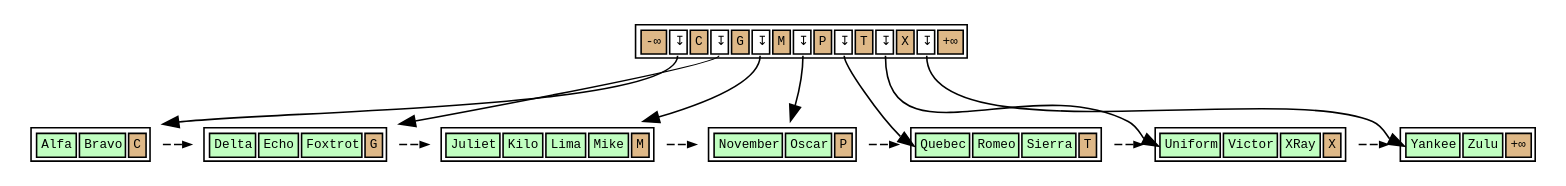
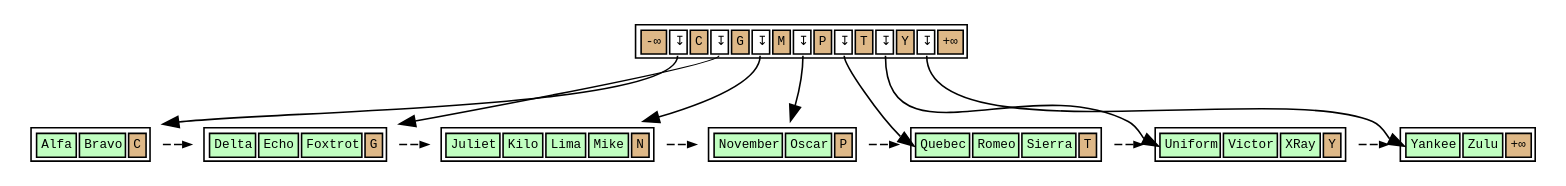
Before and after one commit to petergeoghegan/pg_query_internals: the diagram in lehman-yao-orthodox-btree-suffix-short.dot, drawn with Graphviz. The commit also changed 1 other file, not shown here.

Commit message:
Fix suffix truncation example graph

```diff
--- a/lehman-yao-orthodox-btree-suffix-short.dot
+++ b/lehman-yao-orthodox-btree-suffix-short.dot
@@ -1,138 +1,138 @@
 // Example B-Tree graph
 //
 // Breadth-first order
 //
 // Start from root, go left to right
 //
 // Workflow:
 //
 // $ dot -T svg btree.dot -o btree.svg;
 
 digraph nbtree {
 graph [fontname = "monospace"];
 node [shape = none,height=.1,fontname = "monospace",fontsize=8];
 // Level 1 (root level)
 // Downlinks + highkey:
 rootnode[ label=<<table>
                     <tr>
                         <td bgcolor='burlywood' port="s0">-&infin;</td>
                         <td bgcolor='white' port="d0">&#8615;</td>
                         <td bgcolor='burlywood' port="s1">C</td>
                         <td bgcolor='white' port="d1">&#8615;</td>
                         <td bgcolor='burlywood' port="s2">G</td>
                         <td bgcolor='white' port="d2">&#8615;</td>
                         <td bgcolor='burlywood' port="s3">M</td>
                         <td bgcolor='white' port="d3">&#8615;</td>
                         <td bgcolor='burlywood' port="s4">P</td>
                         <td bgcolor='white' port="d4">&#8615;</td>
                         <td bgcolor='burlywood' port="s5">T</td>
                         <td bgcolor='white' port="d5">&#8615;</td>
-                        <td bgcolor='burlywood' port="s6">X</td>
+                        <td bgcolor='burlywood' port="s6">Y</td>
                         <td bgcolor='white' port="d6">&#8615;</td>
                         <td bgcolor='burlywood' port="hk">+&infin;</td>
                     </tr>
                 </table>
                >
         ];
 // Downlink arrows to children:
 "rootnode":d0 -> "leafnode_1"
 "rootnode":d1 -> "leafnode_2"
 "rootnode":d2 -> "leafnode_3"
 "rootnode":d3 -> "leafnode_4"
 // Still need this, to make arrows not overlap too much:
 "rootnode":d4 -> "leafnode_5":t0
 "rootnode":d5 -> "leafnode_6":t0
 "rootnode":d6 -> "leafnode_7":t0
 
 // sibling pointer:
 // (None)
 
 
 // Level 0 (leaf level)
 leafnode_1[ label=<<table>
                     <tr>
                         <td bgcolor='darkseagreen1' port="t0">Alfa</td>
                         <td bgcolor='darkseagreen1' port="t1">Bravo</td>
                         <td bgcolor='burlywood' port="hk">C</td>
                     </tr>
                 </table>
                >
         ];
 // sibling pointer:
 "leafnode_1" -> "leafnode_2"[constraint=false,color=black,style=dashed,arrowsize=0.5]
 leafnode_2[ label=<<table>
                     <tr>
                         <td bgcolor='darkseagreen1' port="t0">Delta</td>
                         <td bgcolor='darkseagreen1' port="t1">Echo</td>
                         <td bgcolor='darkseagreen1' port="t2">Foxtrot</td>
                         <td bgcolor='burlywood' port="hk">G</td>
                     </tr>
                 </table>
                >
         ];
 // sibling pointer:
 "leafnode_2" -> "leafnode_3"[constraint=false,color=black,style=dashed,arrowsize=0.5]
 leafnode_3[ label=<<table>
                     <tr>
                         <td bgcolor='darkseagreen1' port="t0">Juliet</td>
                         <td bgcolor='darkseagreen1' port="t1">Kilo</td>
                         <td bgcolor='darkseagreen1' port="t2">Lima</td>
                         <td bgcolor='darkseagreen1' port="t3">Mike</td>
-                        <td bgcolor='burlywood' port="hk">M</td>
+                        <td bgcolor='burlywood' port="hk">N</td>
                     </tr>
                 </table>
                >
         ];
 // sibling pointer:
 "leafnode_3" -> "leafnode_4"[constraint=false,color=black,style=dashed,arrowsize=0.5]
 leafnode_4[ label=<<table>
                     <tr>
                         <td bgcolor='darkseagreen1' port="t0">November</td>
                         <td bgcolor='darkseagreen1' port="t1">Oscar</td>
                         <td bgcolor='burlywood' port="hk">P</td>
                     </tr>
                 </table>
                >
         ];
 // sibling pointer (not a cousin anymore):
 "leafnode_4" -> "leafnode_5"[constraint=false,color=black,style=dashed,arrowsize=0.5]
 leafnode_5[ label=<<table>
                     <tr>
                         <td bgcolor='darkseagreen1' port="t0">Quebec</td>
                         <td bgcolor='darkseagreen1' port="t1">Romeo</td>
                         <td bgcolor='darkseagreen1' port="t2">Sierra</td>
                         <td bgcolor='burlywood' port="hk">T</td>
                     </tr>
                 </table>
                >
         ];
 // sibling pointer:
 "leafnode_5" -> "leafnode_6"[constraint=false,color=black,style=dashed,arrowsize=0.5]
 leafnode_6[ label=<<table>
                     <tr>
                         <td bgcolor='darkseagreen1' port="t0">Uniform</td>
                         <td bgcolor='darkseagreen1' port="t1">Victor</td>
                         <td bgcolor='darkseagreen1' port="t2">XRay</td>
-                        <td bgcolor='burlywood' port="hk">X</td>
+                        <td bgcolor='burlywood' port="hk">Y</td>
                     </tr>
                 </table>
                >
         ];
 // sibling pointer:
 "leafnode_6" -> "leafnode_7"[constraint=false,color=black,style=dashed,arrowsize=0.5]
 leafnode_7[ label=<<table>
                     <tr>
                         <td bgcolor='darkseagreen1' port="t0">Yankee</td>
                         <td bgcolor='darkseagreen1' port="t1">Zulu</td>
                         <td bgcolor='burlywood' port="hk">+&infin;</td>
                     </tr>
                 </table>
                >
         ];
 // sibling pointer:
 // (None)
 
 //Force alignment from root to internal to leaf levels:
 edge[style=invis];
 "rootnode":s4 -> "leafnode_4":hk
 }
```
